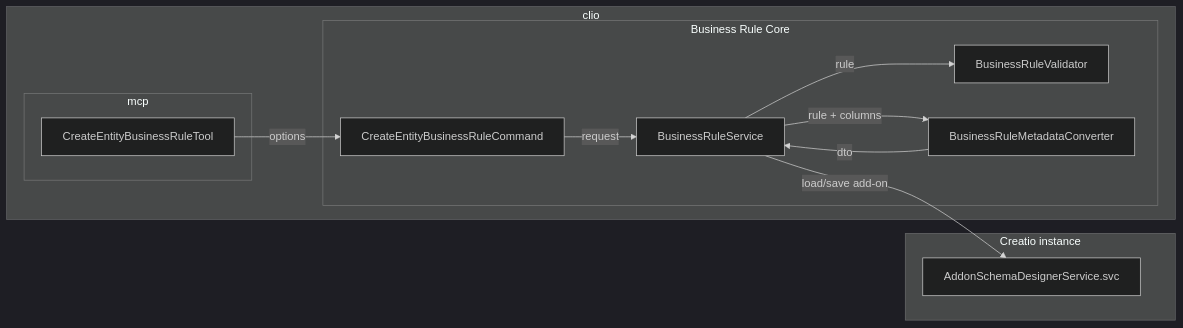
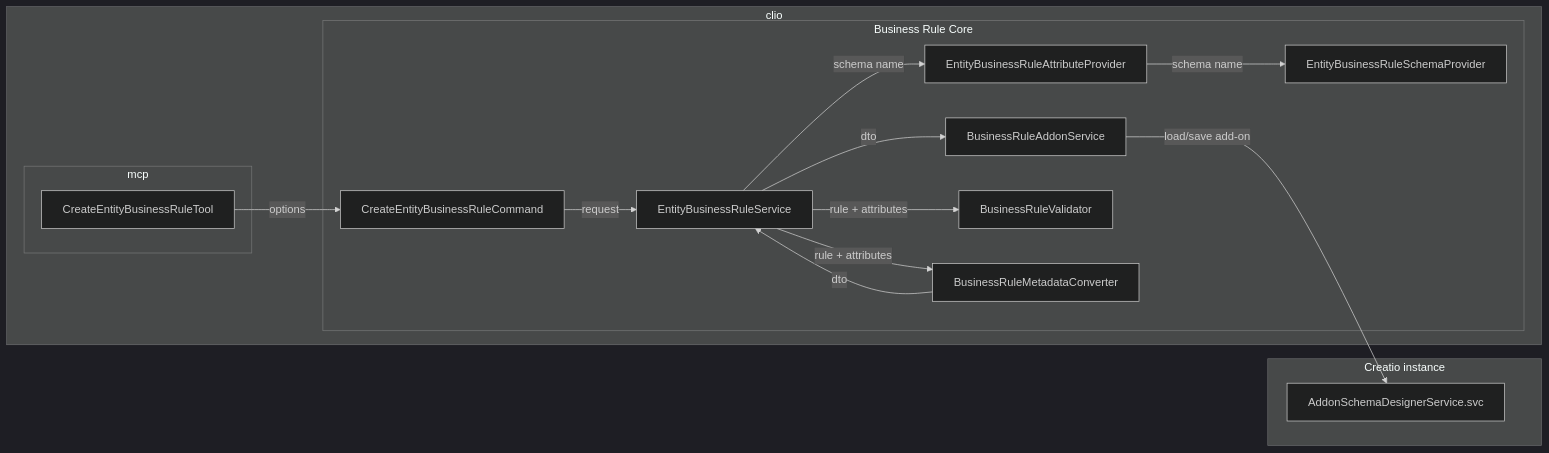
One commit to Advance-Technologies-Foundation/clio changed the diagram in spec/business-rules/business-rules-architecture.md. Above: the diagram before and after it, drawn with Mermaid (dark theme). The commit also changed other lines of this file and 42 other files, not shown here.

First line of the commit message:
feat(mcp): create page business rule mcp tool

````diff
--- a/spec/business-rules/business-rules-architecture.md
+++ b/spec/business-rules/business-rules-architecture.md
@@ -9,26 +9,32 @@
 ```mermaid
 flowchart LR
     subgraph Clio["clio"]
         subgraph MCP["mcp"]
             Tool["CreateEntityBusinessRuleTool"]
         end
 
         subgraph Core["Business Rule Core"]
             Command["CreateEntityBusinessRuleCommand"]
-            Service["BusinessRuleService"]
+            Service["EntityBusinessRuleService"]
+            SchemaProvider["EntityBusinessRuleSchemaProvider"]
+            AttributeProvider["EntityBusinessRuleAttributeProvider"]
+            AddonService["BusinessRuleAddonService"]
             Validator["BusinessRuleValidator"]
             Converter["BusinessRuleMetadataConverter"]
         end
     end
 
     subgraph Creatio["Creatio instance"]
         Addon["AddonSchemaDesignerService.svc"]
     end
 
     Tool -->|"options"| Command
     Command -->|"request"| Service
-    Service -->|"rule"| Validator
-    Service -->|"rule + columns"| Converter
+    Service -->|"schema name"| AttributeProvider
+    AttributeProvider -->|"schema name"| SchemaProvider
+    Service -->|"rule + attributes"| Validator
+    Service -->|"rule + attributes"| Converter
     Converter -->|"dto"| Service
-    Service -->|"load/save add-on"| Addon
+    Service -->|"dto"| AddonService
+    AddonService -->|"load/save add-on"| Addon
 ```
````
